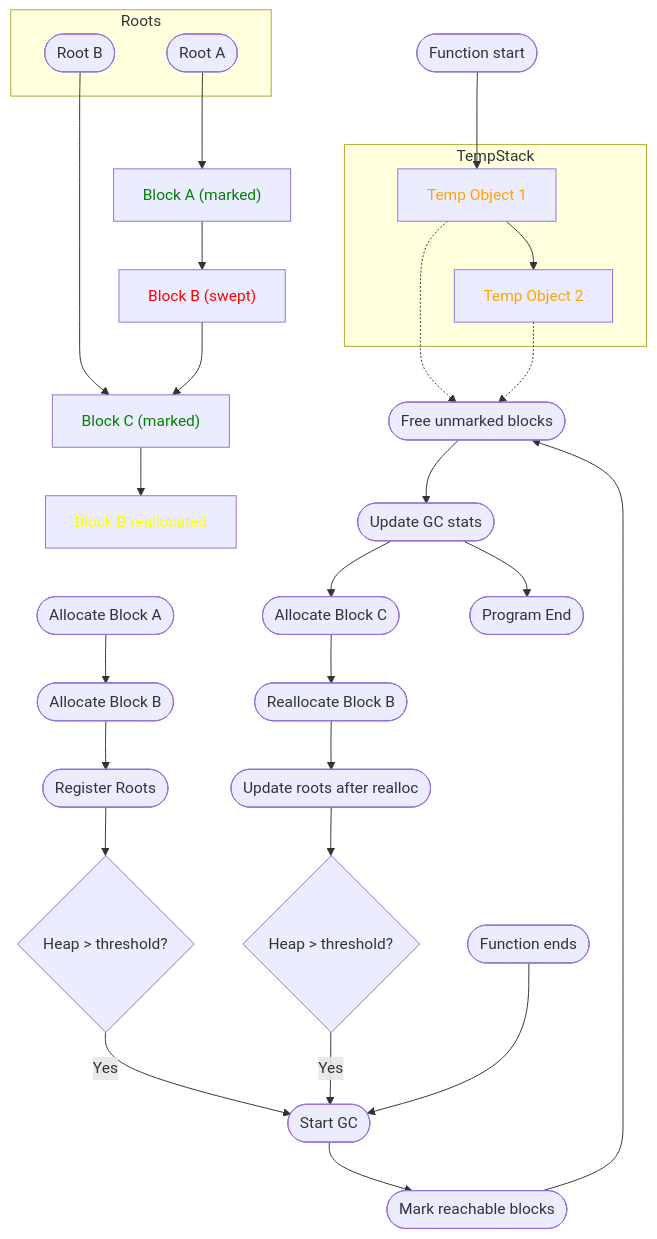
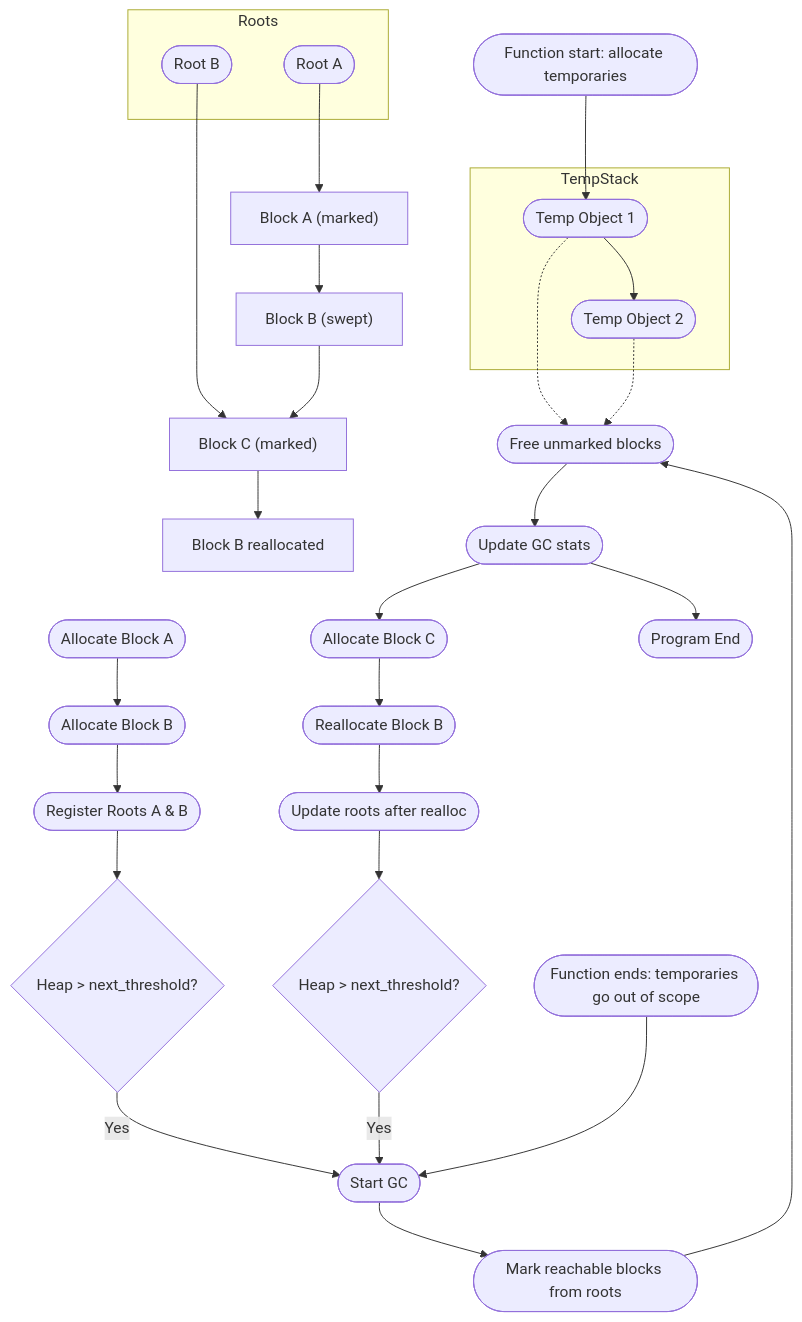
Before and after one commit to MyNameIsTrez/ft-gc: the diagram in README.md, drawn with Mermaid. The commit also changed other lines of this file, not shown here.

````diff
--- a/README.md
+++ b/README.md
@@ -56,40 +56,52 @@
 ```mermaid
 flowchart TD
+    %% Persistent Roots
     subgraph Roots
         R1([Root A])
         R2([Root B])
     end
 
-    B1["<span style='color:green'>Block A (marked)</span>"]
-    B2["<span style='color:red'>Block B (swept)</span>"]
-    B3["<span style='color:green'>Block C (marked)</span>"]
-    B4["<span style='color:yellow'>Block B reallocated</span>"]
+    %% Heap blocks
+    B1["Block A (marked)"]
+    B2["Block B (swept)"]
+    B3["Block C (marked)"]
+    B4["Block B reallocated"]
 
+    %% Temporary stack objects
     subgraph TempStack
-        T1["<span style='color:orange'>Temp Object 1</span>"]
-        T2["<span style='color:orange'>Temp Object 2</span>"]
+        T1(["Temp Object 1"])
+        T2(["Temp Object 2"])
     end
 
+    %% Roots point to blocks
     R1 --> B1
     R2 --> B3
 
+    %% Heap chain (metadata next pointers)
     B1 --> B2
     B2 --> B3
     B3 --> B4
 
-    Alloc1([Allocate Block A]) --> Alloc2([Allocate Block B]) --> RootReg1([Register Roots])
-    RootReg1 --> GCCheck1{Heap > threshold?}
-    GCCheck1 -- Yes --> GCStart([Start GC]) --> MarkPhase([Mark reachable blocks])
-    MarkPhase --> SweepPhase([Free unmarked blocks]) --> StatsUpdate([Update GC stats])
-    StatsUpdate --> Alloc3([Allocate Block C]) --> Realloc1([Reallocate Block B])
+    %% Allocation flow
+    Alloc1([Allocate Block A]) --> Alloc2([Allocate Block B])
+    Alloc2 --> RootReg1([Register Roots A & B])
+    RootReg1 --> GCCheck1{Heap > next_threshold?}
+    GCCheck1 -- Yes --> GCStart([Start GC])
+    GCStart --> MarkPhase([Mark reachable blocks from roots])
+    MarkPhase --> SweepPhase([Free unmarked blocks])
+    SweepPhase --> StatsUpdate([Update GC stats])
+    StatsUpdate --> Alloc3([Allocate Block C])
+    Alloc3 --> Realloc1([Reallocate Block B])
     Realloc1 --> RootUpdate([Update roots after realloc])
-    RootUpdate --> GCCheck2{Heap > threshold?}
+    RootUpdate --> GCCheck2{Heap > next_threshold?}
     GCCheck2 -- Yes --> GCStart
 
-    StartFunc([Function start]) --> T1 --> T2
-    FunctionEnd([Function ends]) --> GCStart
+    %% Temporary stack allocations
+    StartFunc([Function start: allocate temporaries]) --> T1 --> T2
+    FunctionEnd([Function ends: temporaries go out of scope]) --> GCStart
     T1 -.-> SweepPhase
     T2 -.-> SweepPhase
 
+    %% Program end
     StatsUpdate --> End([Program End])
 ```
````
